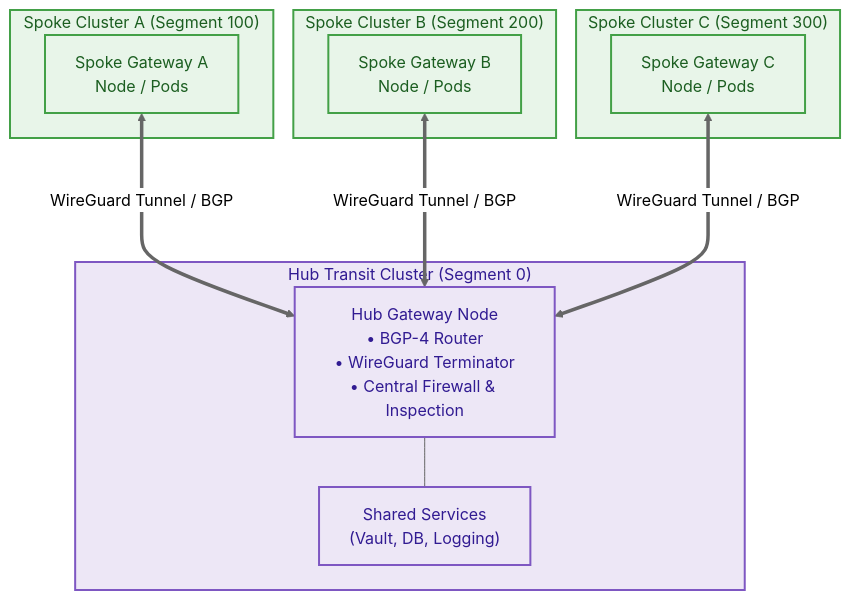
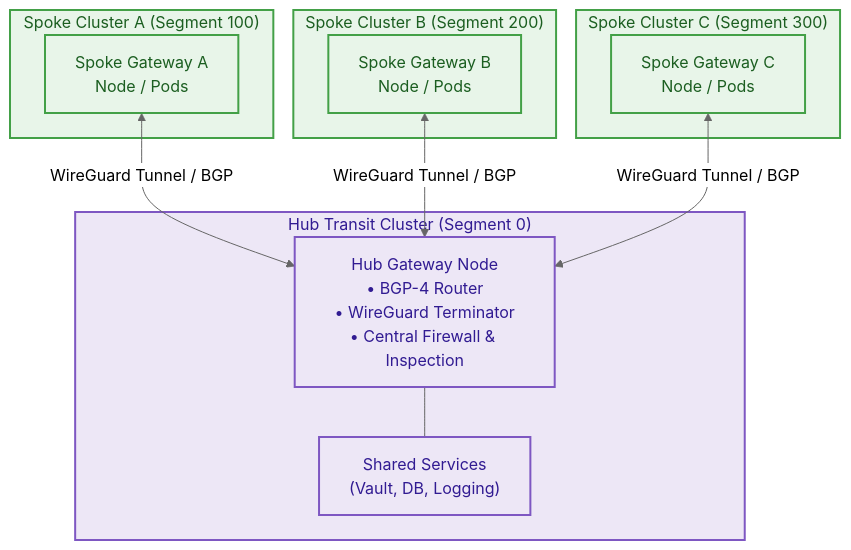
Before and after one commit to msaeedb40/straitKubegateway: the second of 6 diagrams in docs/transit.md, drawn with Mermaid (neutral theme). The commit also changed other lines of this file, not shown here.

Commit message:
docs: fix Mermaid diagram syntax in transit topology document

````diff
--- a/docs/transit.md
+++ b/docs/transit.md
@@ -52,30 +52,30 @@
 ```mermaid
 flowchart TB
     subgraph HubCluster["Hub Transit Cluster (Segment 0)"]
         HubGW["Hub Gateway Node<br/>• BGP-4 Router<br/>• WireGuard Terminator<br/>• Central Firewall & Inspection"]
         SharedSvc["Shared Services<br/>(Vault, DB, Logging)"]
         HubGW --- SharedSvc
     end
 
     subgraph SpokeA["Spoke Cluster A (Segment 100)"]
         GWA["Spoke Gateway A<br/>Node / Pods"]
     end
 
     subgraph SpokeB["Spoke Cluster B (Segment 200)"]
         GWB["Spoke Gateway B<br/>Node / Pods"]
     end
 
     subgraph SpokeC["Spoke Cluster C (Segment 300)"]
         GWC["Spoke Gateway C<br/>Node / Pods"]
     end
 
-    GWA <===>|WireGuard Tunnel / BGP| HubGW
-    GWB <===>|WireGuard Tunnel / BGP| HubGW
-    GWC <===>|WireGuard Tunnel / BGP| HubGW
+    GWA <-->|WireGuard Tunnel / BGP| HubGW
+    GWB <-->|WireGuard Tunnel / BGP| HubGW
+    GWC <-->|WireGuard Tunnel / BGP| HubGW
 
     classDef hub fill:#ede7f6,stroke:#7e57c2,stroke-width:2px,color:#311b92;
     classDef spoke fill:#e8f5e9,stroke:#43a047,stroke-width:2px,color:#1b5e20;
 
     class HubCluster,HubGW,SharedSvc hub;
     class SpokeA,SpokeB,SpokeC,GWA,GWB,GWC spoke;
 ```
````
